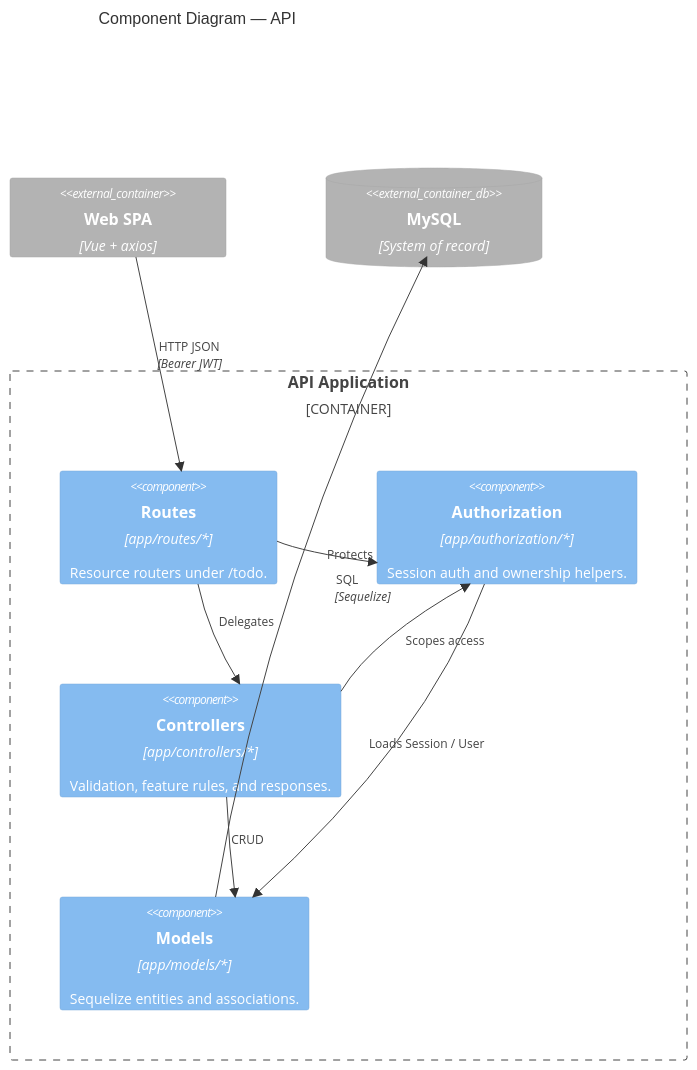
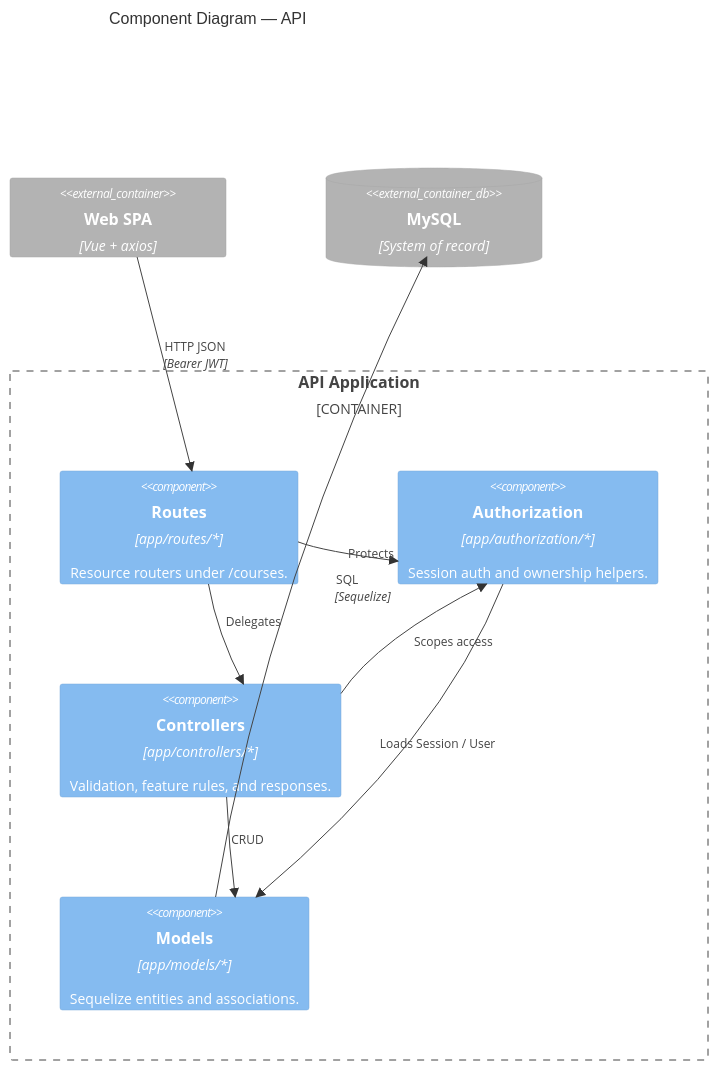
One commit to GageTarter/Courses-Speckit changed the diagram in docs/arch_diagrams/c4-component-backend.md. Above: the diagram before and after it, drawn with Mermaid. The commit also changed 66 other files, not shown here.

````diff
--- a/docs/arch_diagrams/c4-component-backend.md
+++ b/docs/arch_diagrams/c4-component-backend.md
@@ -5,28 +5,28 @@
 ```mermaid
 C4Component
 title Component Diagram — API
 
 Container_Boundary(api, "API Application") {
-  Component(routes, "Routes", "app/routes/*", "Resource routers under /todo.")
+  Component(routes, "Routes", "app/routes/*", "Resource routers under /courses.")
   Component(authz, "Authorization", "app/authorization/*", "Session auth and ownership helpers.")
   Component(controllers, "Controllers", "app/controllers/*", "Validation, feature rules, and responses.")
   Component(models, "Models", "app/models/*", "Sequelize entities and associations.")
 }
 
 Container_Ext(spa, "Web SPA", "Vue + axios")
 ContainerDb_Ext(db, "MySQL", "System of record")
 
 Rel(spa, routes, "HTTP JSON", "Bearer JWT")
 Rel(routes, authz, "Protects")
 Rel(routes, controllers, "Delegates")
 Rel(controllers, authz, "Scopes access")
 Rel(controllers, models, "CRUD")
 Rel(authz, models, "Loads Session / User")
 Rel(models, db, "SQL", "Sequelize")
 
 UpdateLayoutConfig($c4ShapeInRow="4", $c4BoundaryInRow="1")
 UpdateRelStyle(spa, routes, $offsetY="-20")
 UpdateRelStyle(routes, controllers, $offsetY="-15")
 UpdateRelStyle(controllers, models, $offsetY="-10")
 UpdateRelStyle(models, db, $offsetX="15")
 ```
````
